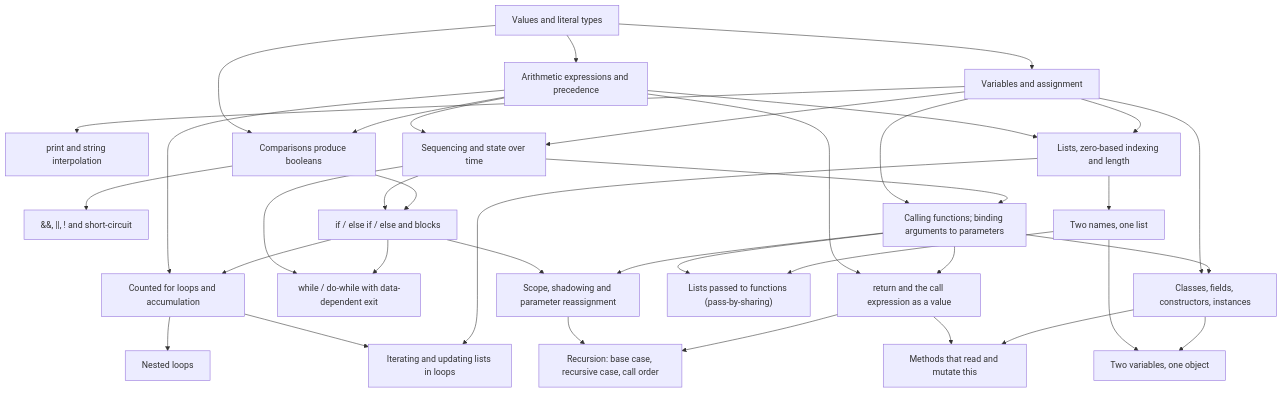
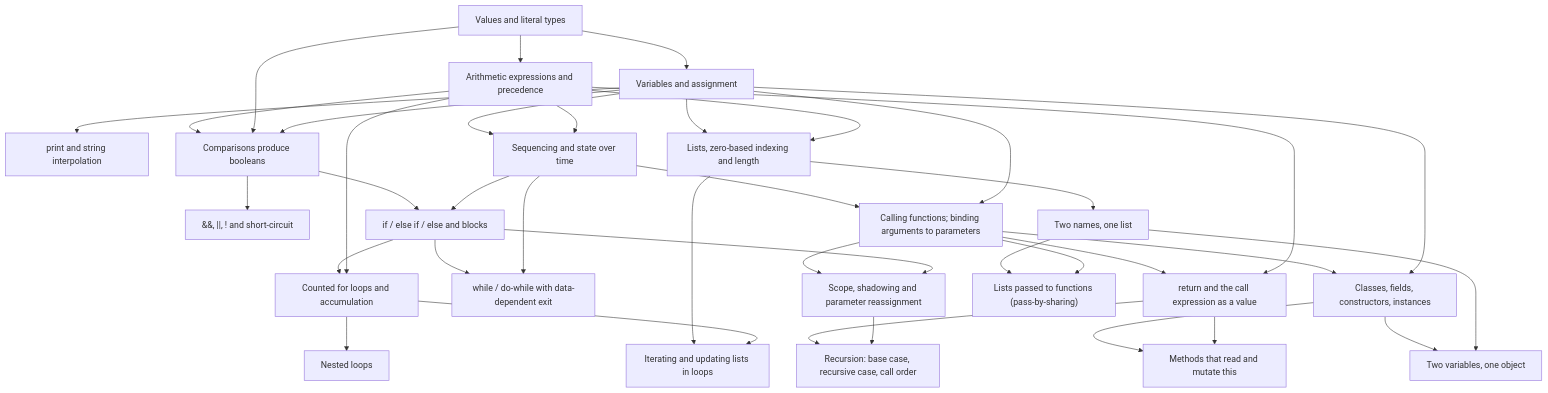
One commit to kevmoo/dart_cs1_inventory changed the diagram in dag.md. Above: the diagram before and after it, drawn with Mermaid. The commit also changed other lines of this file and 58 other files, not shown here.

````diff
--- a/dag.md
+++ b/dag.md
@@ -14,61 +14,62 @@
 ```mermaid
 flowchart TD
   values_and_types["Values and literal types"]
   arithmetic_expressions["Arithmetic expressions and precedence"]
   variables_assignment["Variables and assignment"]
   output_and_strings["print and string interpolation"]
   sequencing["Sequencing and state over time"]
   boolean_expressions["Comparisons produce booleans"]
   logical_operators["&&, ||, ! and short-circuit"]
   selection["if / else if / else and blocks"]
   definite_loops["Counted for loops and accumulation"]
   indefinite_loops["while / do-while with data-dependent exit"]
   nested_loops["Nested loops"]
   lists_indexing["Lists, zero-based indexing and length"]
   lists_iteration["Iterating and updating lists in loops"]
   aliasing_references["Two names, one list"]
   function_calls_and_params["Calling functions; binding arguments to parameters"]
   scope_and_shadowing["Scope, shadowing and parameter reassignment"]
   return_values["return and the call expression as a value"]
   list_parameters["Lists passed to functions (pass-by-sharing)"]
   recursion["Recursion: base case, recursive case, call order"]
   classes_and_objects["Classes, fields, constructors, instances"]
   methods_and_this["Methods that read and mutate this"]
   object_aliasing["Two variables, one object"]
   values_and_types --> arithmetic_expressions
   values_and_types --> variables_assignment
   variables_assignment --> output_and_strings
   variables_assignment --> sequencing
   arithmetic_expressions --> sequencing
   arithmetic_expressions --> boolean_expressions
   values_and_types --> boolean_expressions
+  variables_assignment --> boolean_expressions
   boolean_expressions --> logical_operators
   boolean_expressions --> selection
   sequencing --> selection
   selection --> definite_loops
   arithmetic_expressions --> definite_loops
   selection --> indefinite_loops
   sequencing --> indefinite_loops
   definite_loops --> nested_loops
   variables_assignment --> lists_indexing
   arithmetic_expressions --> lists_indexing
   lists_indexing --> lists_iteration
   definite_loops --> lists_iteration
   lists_indexing --> aliasing_references
   sequencing --> function_calls_and_params
   variables_assignment --> function_calls_and_params
   function_calls_and_params --> scope_and_shadowing
   selection --> scope_and_shadowing
   function_calls_and_params --> return_values
   arithmetic_expressions --> return_values
   aliasing_references --> list_parameters
   function_calls_and_params --> list_parameters
   return_values --> recursion
   scope_and_shadowing --> recursion
   function_calls_and_params --> classes_and_objects
   variables_assignment --> classes_and_objects
   classes_and_objects --> methods_and_this
   return_values --> methods_and_this
   classes_and_objects --> object_aliasing
   aliasing_references --> object_aliasing
 ```
````
